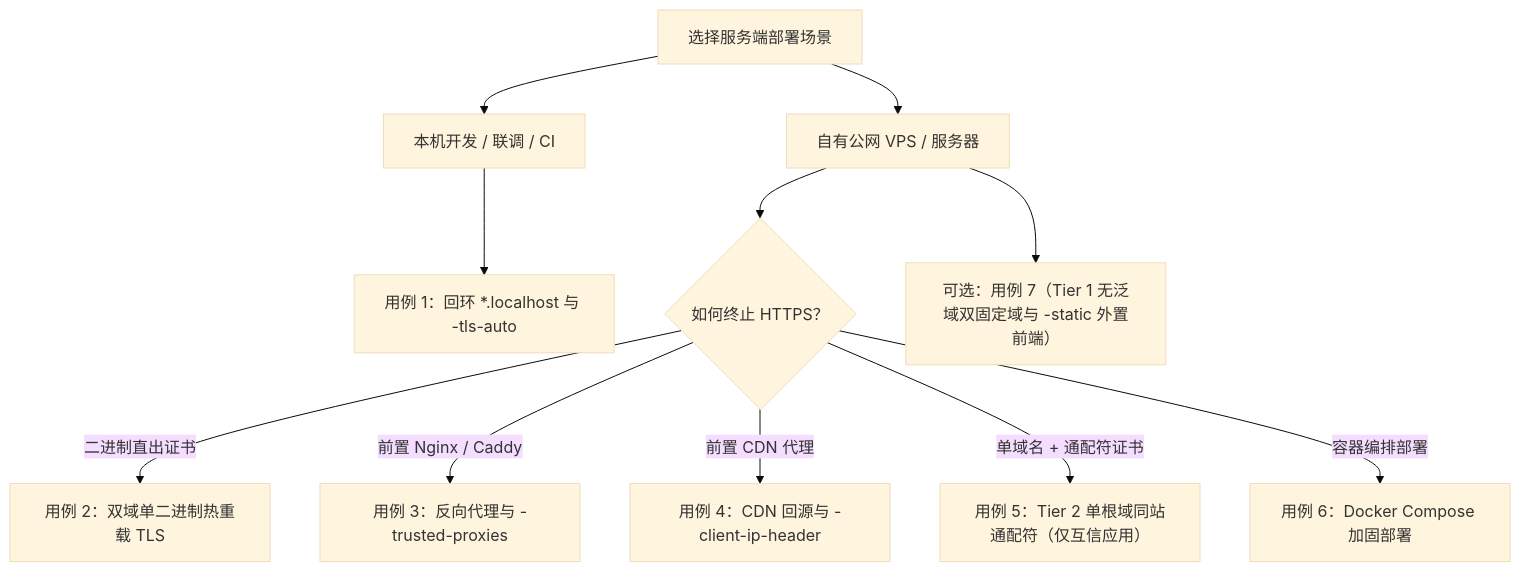
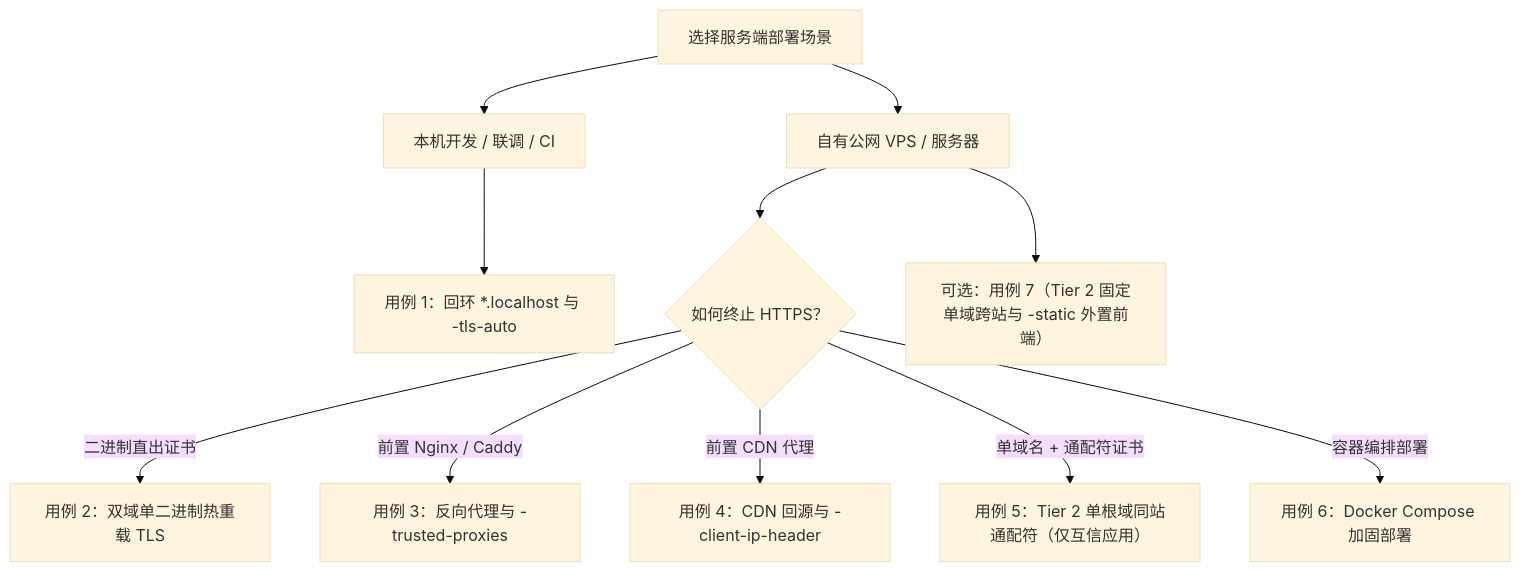
One commit to BeingNoAbility/WebRTC-Gateway changed the diagram in docs/guide/server-use-cases.md. Above: the diagram before and after it, drawn with Mermaid (base theme). The commit also changed other lines of this file and 118 other files, not shown here.

````diff
--- a/docs/guide/server-use-cases.md
+++ b/docs/guide/server-use-cases.md
@@ -9,13 +9,13 @@
 ```mermaid
 flowchart TD
     A["选择服务端部署场景"] --> B["本机开发 / 联调 / CI"]
     A --> C["自有公网 VPS / 服务器"]
     B --> E["用例 1：回环 *.localhost 与 -tls-auto"]
     C --> F{"如何终止 HTTPS？"}
     F -- "二进制直出证书" --> G["用例 2：双域单二进制热重载 TLS"]
     F -- "前置 Nginx / Caddy" --> H["用例 3：反向代理与 -trusted-proxies"]
     F -- "前置 CDN 代理" --> I["用例 4：CDN 回源与 -client-ip-header"]
     F -- "单域名 + 通配符证书" --> J["用例 5：Tier 2 单根域同站通配符（仅互信应用）"]
     F -- "容器编排部署" --> K["用例 6：Docker Compose 加固部署"]
-    C --> M["可选：用例 7（Tier 1 无泛域双固定域与 -static 外置前端）"]
+    C --> M["可选：用例 7（Tier 2 固定单域跨站与 -static 外置前端）"]
 ```
````
